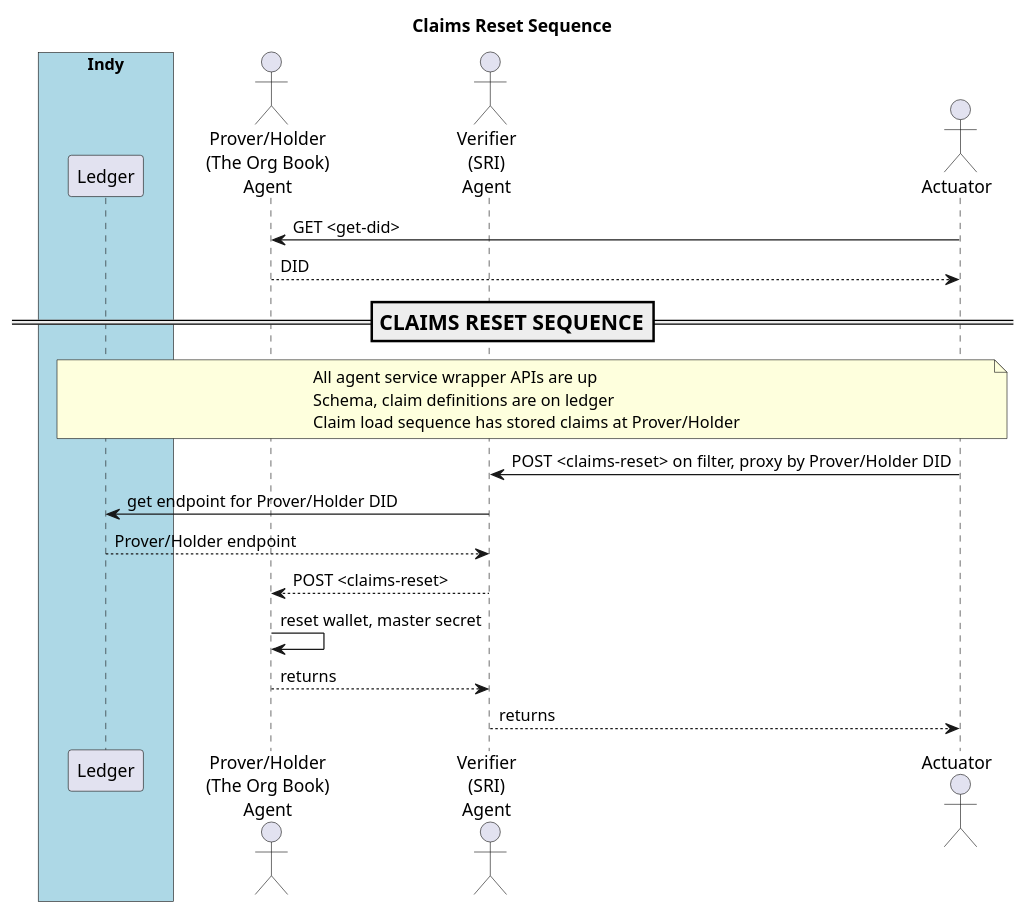
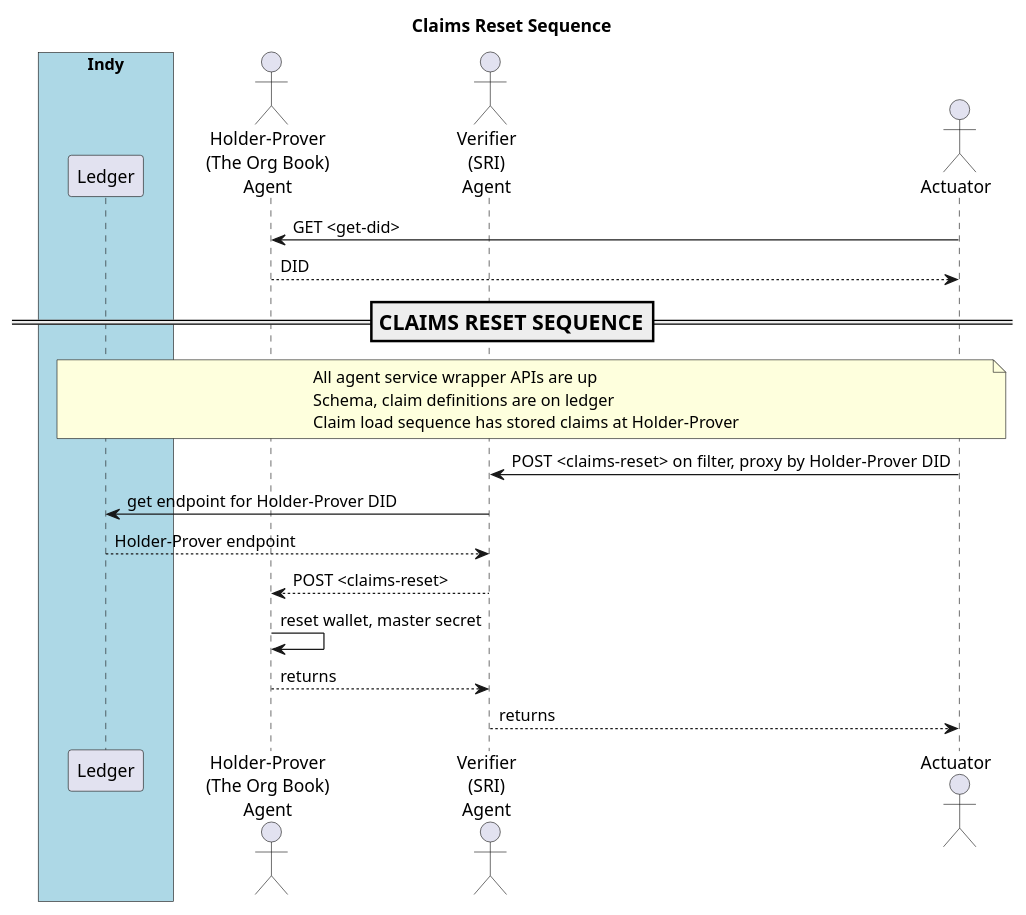
The diagram in doc/pic/src/claims-reset.puml (PSPC-SPAC-buyandsell/demo-agent), drawn with PlantUML before and after one commit. The commit also changed 26 other files, not shown here.

Commit message:
enable sri completion sequence

```diff
--- a/doc/pic/src/claims-reset.puml
+++ b/doc/pic/src/claims-reset.puml
@@ -1,49 +1,49 @@
 @startuml
 /'
 Copyright 2017 Government of Canada - Public Services and Procurement Canada - buyandsell.gc.ca
 
 Licensed under the Apache License, Version 2.0 (the "License");
 you may not use this file except in compliance with the License.
 You may obtain a copy of the License at
 
 http://www.apache.org/licenses/LICENSE-2.0
 
 Unless required by applicable law or agreed to in writing, software
 distributed under the License is distributed on an "AS IS" BASIS,
 WITHOUT WARRANTIES OR CONDITIONS OF ANY KIND, either express or implied.
 See the License for the specific language governing permissions and
 limitations under the License.
 '/
 
 skinparam ParticipantPadding 20
 skinparam BoxPadding 20
 
 title Claims Reset Sequence
 
 box "Indy" #LightBlue
     participant "Ledger" as ledger
 endbox
 
-actor "Prover/Holder\n(The Org Book)\nAgent" as obag
+actor "Holder-Prover\n(The Org Book)\nAgent" as obag
 actor "Verifier\n(SRI)\nAgent" as sag
 actor "Actuator" as ator
 
 ator -> obag: GET <get-did>
 obag --> ator: DID
 
 === CLAIMS RESET SEQUENCE ==
 note over ledger, ator
 All agent service wrapper APIs are up
 Schema, claim definitions are on ledger
-Claim load sequence has stored claims at Prover/Holder
+Claim load sequence has stored claims at Holder-Prover
 endnote
 
-ator -> sag: POST <claims-reset> on filter, proxy by Prover/Holder DID
-sag -> ledger: get endpoint for Prover/Holder DID
-ledger --> sag: Prover/Holder endpoint
+ator -> sag: POST <claims-reset> on filter, proxy by Holder-Prover DID
+sag -> ledger: get endpoint for Holder-Prover DID
+ledger --> sag: Holder-Prover endpoint
 sag --> obag: POST <claims-reset>
 obag -> obag: reset wallet, master secret
 obag --> sag: returns
 sag --> ator:  returns
 
 @enduml
```
